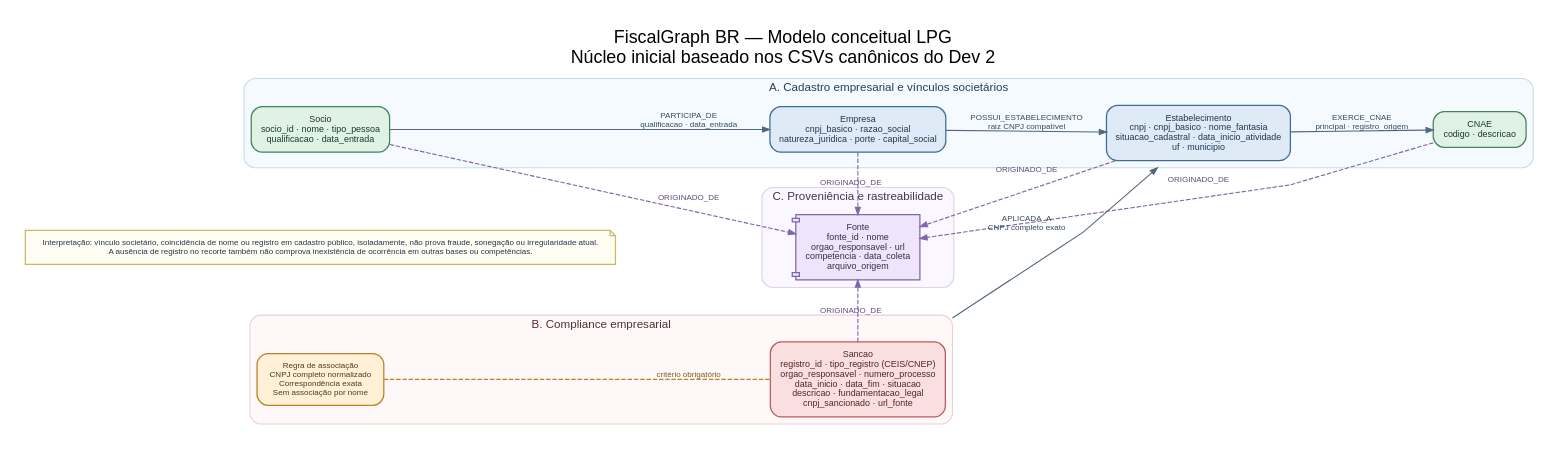
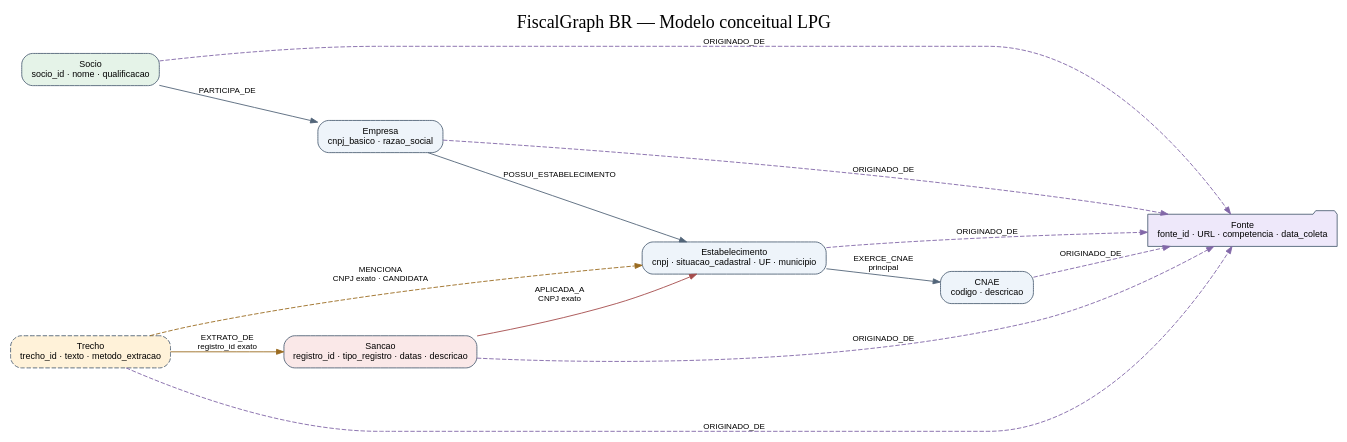
The diagram in diagrams/fiscalgraph-br-modelo-conceitual.dot (Vitorfjs/fiscalgraph-br), drawn with Graphviz before and after one commit. The commit also changed 13 other files, not shown here.

Commit message:
feat(graph): implementa schema e carga LPG no Neo4j

```diff
--- a/diagrams/fiscalgraph-br-modelo-conceitual.dot
+++ b/diagrams/fiscalgraph-br-modelo-conceitual.dot
@@ -1,57 +1,27 @@
 digraph FiscalGraphBR {
-  graph [
-    rankdir=LR,
-    bgcolor="white",
-    pad="0.28",
-    nodesep="0.48",
-    ranksep="0.72",
-    splines=polyline,
-    fontname="Arial",
-    fontsize=20,
-    labelloc="t",
-    label="FiscalGraph BR — Modelo conceitual LPG\nNúcleo inicial baseado nos CSVs canônicos do Dev 2",
-    compound=true
-  ];
-  node [shape=box, style="rounded,filled", fontname="Arial", fontsize=10, margin="0.16,0.12", color="#416b9a", fillcolor="#deebf7", fontcolor="#20364f", penwidth=1.4];
-  edge [fontname="Arial", fontsize=9, color="#53677d", fontcolor="#334b63", penwidth=1.25, arrowsize=0.8];
+  graph [rankdir=LR, bgcolor="white", label="FiscalGraph BR — Modelo conceitual LPG", labelloc=t, fontsize=20, nodesep=0.55, ranksep=0.8];
+  node [shape=box, style="rounded,filled", fontname="Arial", fontsize=10, margin="0.16,0.10", color="#526579", fillcolor="#eef4fa"];
+  edge [fontname="Arial", fontsize=9, color="#526579", arrowsize=0.8];
 
-  subgraph cluster_cadastro {
-    label="A. Cadastro empresarial e vínculos societários";
-    fontname="Arial"; fontsize=13; fontcolor="#263e55";
-    style="rounded,filled"; color="#c8dced"; fillcolor="#f5faff"; penwidth=1.2;
-    Socio [label="Socio\nsocio_id · nome · tipo_pessoa\nqualificacao · data_entrada", fillcolor="#e0f2e6", color="#43845b", fontcolor="#183b28"];
-    Empresa [label="Empresa\ncnpj_basico · razao_social\nnatureza_juridica · porte · capital_social"];
-    Estabelecimento [label="Estabelecimento\ncnpj · cnpj_basico · nome_fantasia\nsituacao_cadastral · data_inicio_atividade\nuf · municipio"];
-    CNAE [label="CNAE\ncodigo · descricao", fillcolor="#e0f2e6", color="#43845b", fontcolor="#183b28"];
-    Socio -> Empresa [label="PARTICIPA_DE\nqualificacao · data_entrada"];
-    Empresa -> Estabelecimento [label="POSSUI_ESTABELECIMENTO\nraiz CNPJ compatível"];
-    Estabelecimento -> CNAE [label="EXERCE_CNAE\nprincipal · registro_origem"];
-  }
+  Socio [label="Socio\nsocio_id · nome · qualificacao", fillcolor="#e5f3e8"];
+  Empresa [label="Empresa\ncnpj_basico · razao_social"];
+  Estabelecimento [label="Estabelecimento\ncnpj · situacao_cadastral · UF · municipio"];
+  CNAE [label="CNAE\ncodigo · descricao"];
+  Sancao [label="Sancao\nregistro_id · tipo_registro · datas · descricao", fillcolor="#fae8e8"];
+  Trecho [label="Trecho\ntrecho_id · texto · metodo_extracao", fillcolor="#fff2d9", style="rounded,filled,dashed"];
+  Fonte [label="Fonte\nfonte_id · URL · competencia · data_coleta", shape=folder, fillcolor="#eee8fa"];
 
-  subgraph cluster_compliance {
-    label="B. Compliance empresarial";
-    fontname="Arial"; fontsize=13; fontcolor="#543030";
-    style="rounded,filled"; color="#eed0d0"; fillcolor="#fff8f8"; penwidth=1.2;
-    Sancao [label="Sancao\nregistro_id · tipo_registro (CEIS/CNEP)\norgao_responsavel · numero_processo\ndata_inicio · data_fim · situacao\ndescricao · fundamentacao_legal\ncnpj_sancionado · url_fonte", fillcolor="#f9dfdf", color="#bd5b5b", fontcolor="#542626"];
-    Regra [label="Regra de associação\nCNPJ completo normalizado\nCorrespondência exata\nSem associação por nome", fillcolor="#fff0d8", color="#bd8127", fontcolor="#523a16", fontsize=9];
-    Sancao -> Estabelecimento [label="APLICADA_A\nCNPJ completo exato", ltail=cluster_compliance, lhead=cluster_cadastro, minlen=1];
-    Regra -> Sancao [style=dashed, label="critério obrigatório", color="#bd8127", fontcolor="#80591c", arrowhead=none];
-  }
+  Socio -> Empresa [label="PARTICIPA_DE"];
+  Empresa -> Estabelecimento [label="POSSUI_ESTABELECIMENTO"];
+  Estabelecimento -> CNAE [label="EXERCE_CNAE\nprincipal"];
+  Sancao -> Estabelecimento [label="APLICADA_A\nCNPJ exato", color="#a44b4b"];
+  Trecho -> Sancao [label="EXTRATO_DE\nregistro_id exato", color="#9a6b20"];
+  Trecho -> Estabelecimento [label="MENCIONA\nCNPJ exato · CANDIDATA", style=dashed, color="#9a6b20"];
 
-  subgraph cluster_proveniencia {
-    label="C. Proveniência e rastreabilidade";
-    fontname="Arial"; fontsize=13; fontcolor="#433452";
-    style="rounded,filled"; color="#ded2ef"; fillcolor="#faf7ff"; penwidth=1.2;
-    Fonte [label="Fonte\nfonte_id · nome\norgao_responsavel · url\ncompetencia · data_coleta\narquivo_origem", shape=component, fillcolor="#eee5fa", color="#8066a8", fontcolor="#382b50"];
-  }
-
-  Empresa -> Fonte [style=dashed, label="ORIGINADO_DE", color="#8066a8", fontcolor="#604c7c", constraint=false];
-  Estabelecimento -> Fonte [style=dashed, label="ORIGINADO_DE", color="#8066a8", fontcolor="#604c7c", constraint=false];
-  Socio -> Fonte [style=dashed, label="ORIGINADO_DE", color="#8066a8", fontcolor="#604c7c", constraint=false];
-  CNAE -> Fonte [style=dashed, label="ORIGINADO_DE", color="#8066a8", fontcolor="#604c7c", constraint=false];
-  Sancao -> Fonte [style=dashed, label="ORIGINADO_DE", color="#8066a8", fontcolor="#604c7c", constraint=false];
-
-  Nota [shape=note, style="filled", fillcolor="#fffdf2", color="#c9b86a", fontname="Arial", fontsize=9,
-        label="Interpretação: vínculo societário, coincidência de nome ou registro em cadastro público, isoladamente, não prova fraude, sonegação ou irregularidade atual.\nA ausência de registro no recorte também não comprova inexistência de ocorrência em outras bases ou competências."];
-  Nota -> Fonte [style=invis];
+  Empresa -> Fonte [label="ORIGINADO_DE", style=dashed, color="#8267a8"];
+  Estabelecimento -> Fonte [label="ORIGINADO_DE", style=dashed, color="#8267a8"];
+  Socio -> Fonte [label="ORIGINADO_DE", style=dashed, color="#8267a8"];
+  CNAE -> Fonte [label="ORIGINADO_DE", style=dashed, color="#8267a8"];
+  Sancao -> Fonte [label="ORIGINADO_DE", style=dashed, color="#8267a8"];
+  Trecho -> Fonte [label="ORIGINADO_DE", style=dashed, color="#8267a8"];
 }
```
